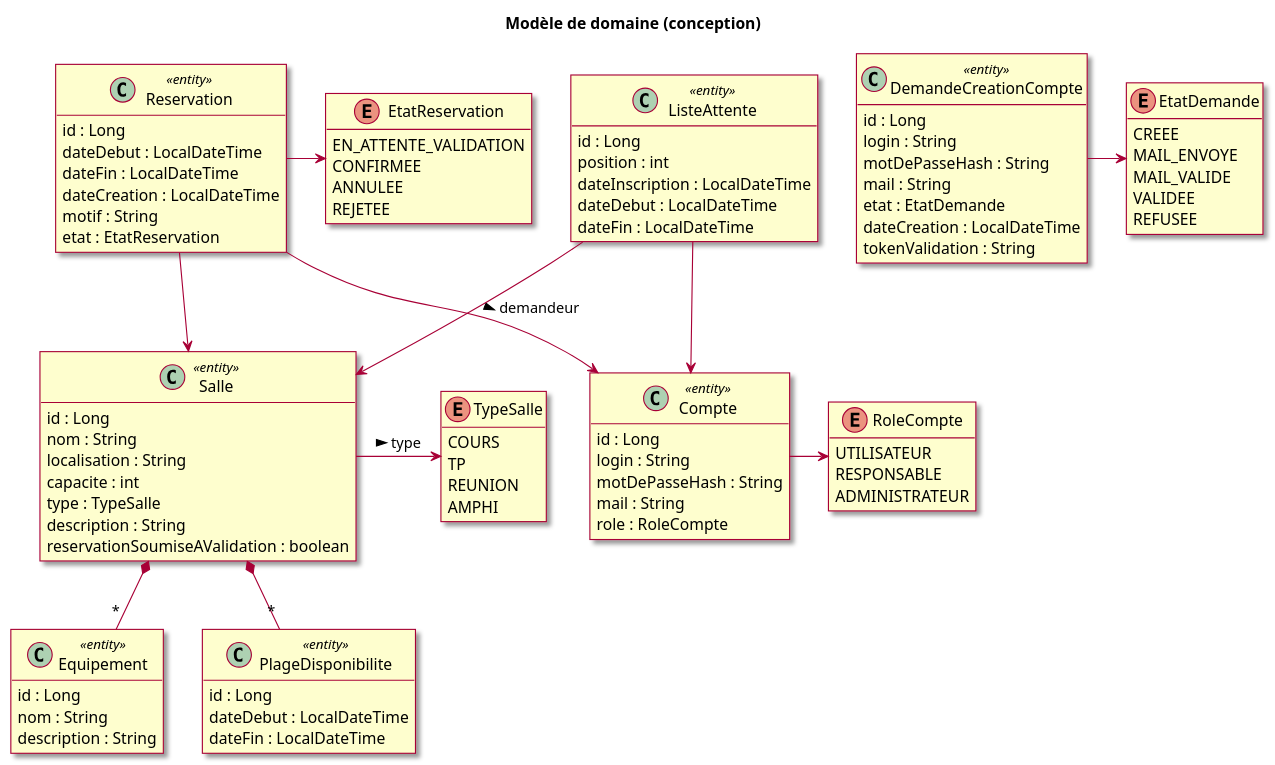
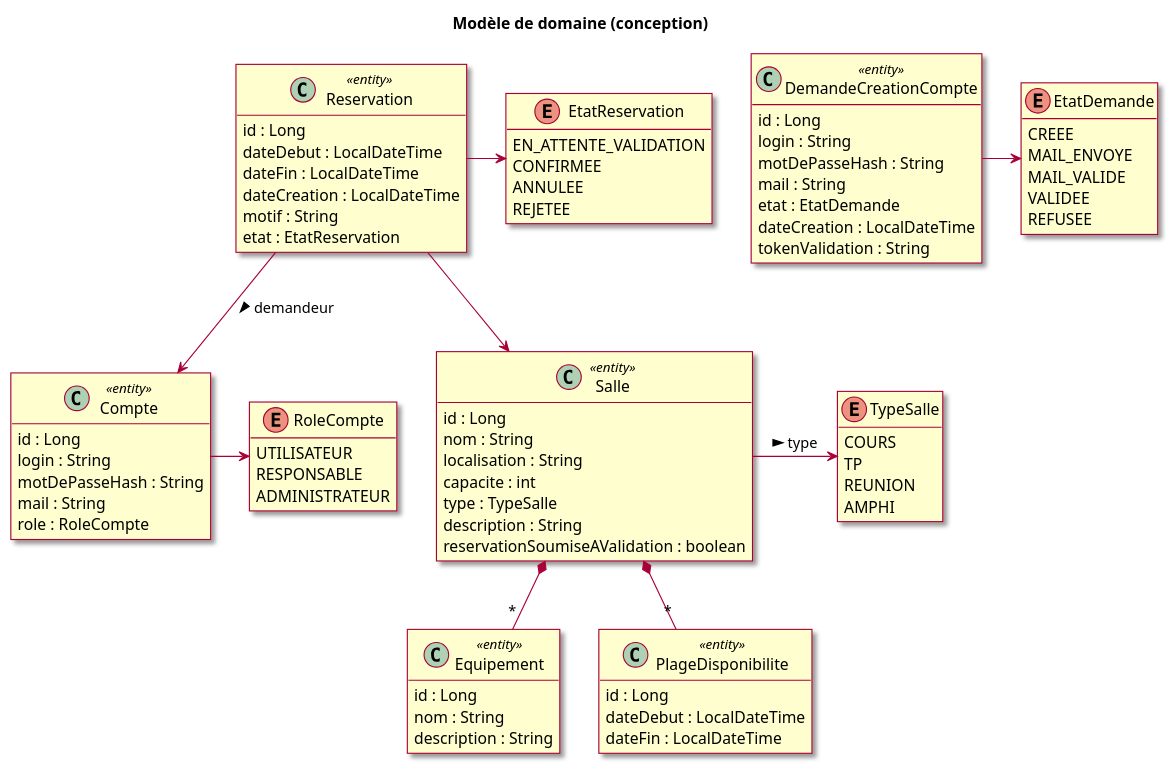
One commit to mrajaonson/glg204-room-management-system changed diagram 32 of 35 in docs/03-Conception.md. Above: the diagram before and after it, drawn with PlantUML. The commit also changed other lines of this file and 3 other files, not shown here.

````diff
--- a/docs/03-Conception.md
+++ b/docs/03-Conception.md
@@ -1728,14 +1590,6 @@
   REJETEE
 }
 
-class ListeAttente <<entity>> {
-  id : Long
-  position : int
-  dateInscription : LocalDateTime
-  dateDebut : LocalDateTime
-  dateFin : LocalDateTime
-}
-
 Compte -> RoleCompte
 DemandeCreationCompte -> EtatDemande
 
@@ -1747,7 +1601,5 @@
 Reservation --> Compte : > demandeur
 Reservation -> EtatReservation
 
-ListeAttente --> Salle
-ListeAttente --> Compte
 @enduml
 ```
````
